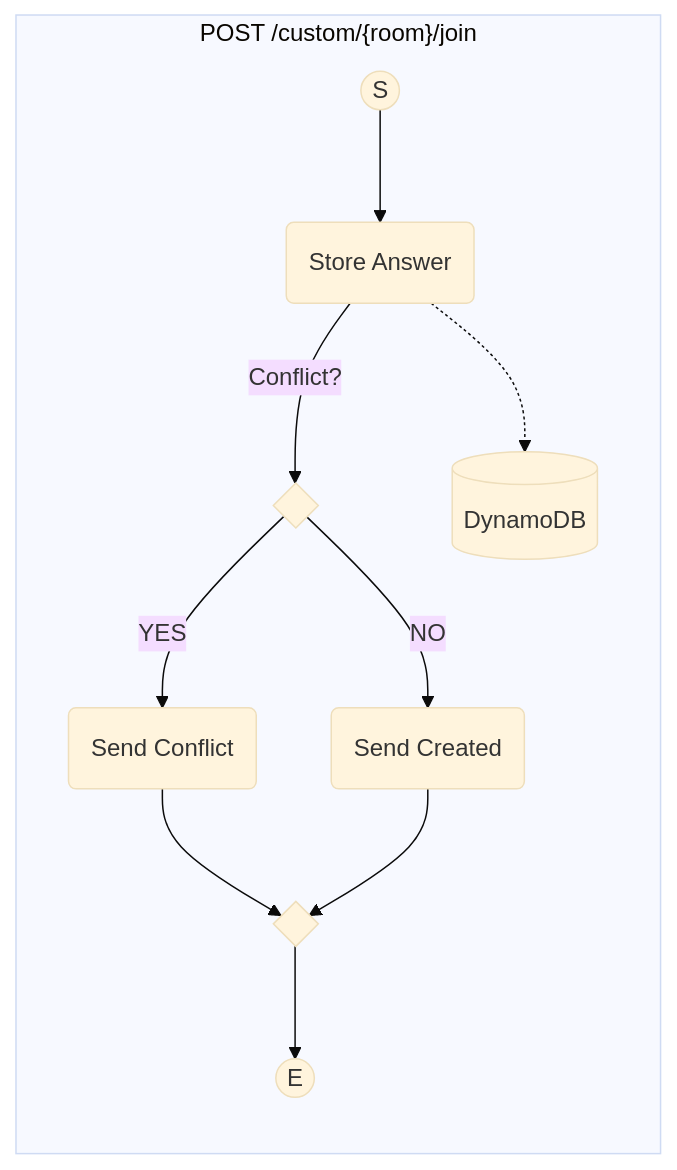
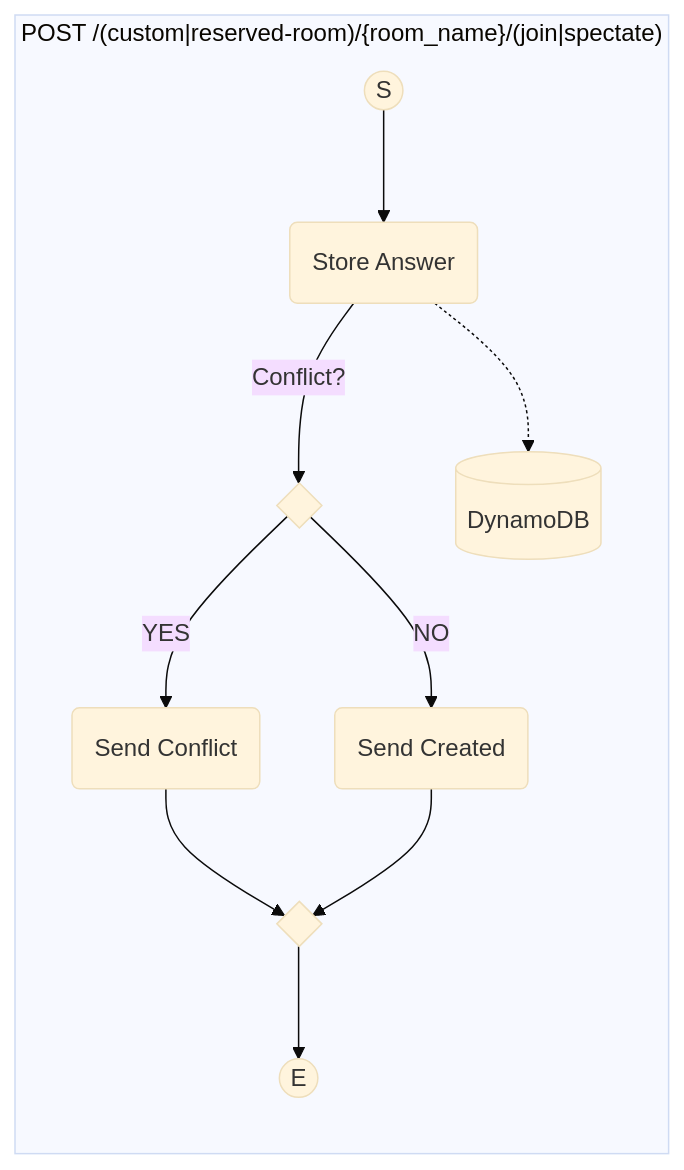
One commit to progre/junowen changed the fourth of 8 diagrams in junowen-server/docs/activity-diagrams.md. Above: the diagram before and after it, drawn with Mermaid (base theme). The commit also changed other lines of this file and 5 other files, not shown here.

````diff
--- a/junowen-server/docs/activity-diagrams.md
+++ b/junowen-server/docs/activity-diagrams.md
@@ -83,20 +110,20 @@
 ```mermaid
 flowchart TB
   DB[(DynamoDB)]
 
-  subgraph "POST /custom/{room}/join"
+  subgraph "POST /(custom|reserved-room)/{room_name}/(join|spectate)"
     direction TB
     1001((S))
     1001 --> 1010(Store Answer)
     1010 -.-> DB
     1010 -- Conflict? --> 1020{ }
 
     1020 -- YES --> 1030(Send Conflict)
     1030 --> 1998{ }
 
     1020 -- NO --> 1100(Send Created)
     1100 --> 1998
 
     1998 --> 1999((E))
   end
 ```
````
